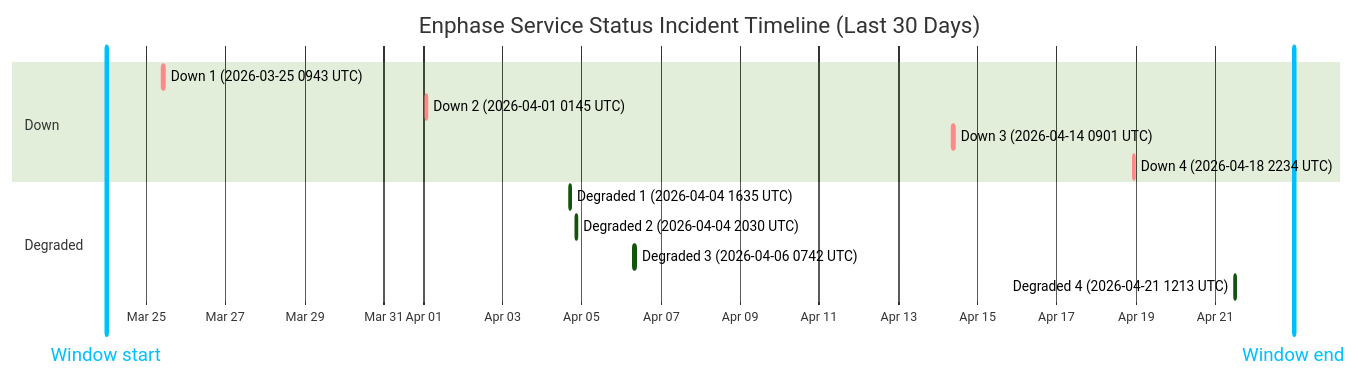
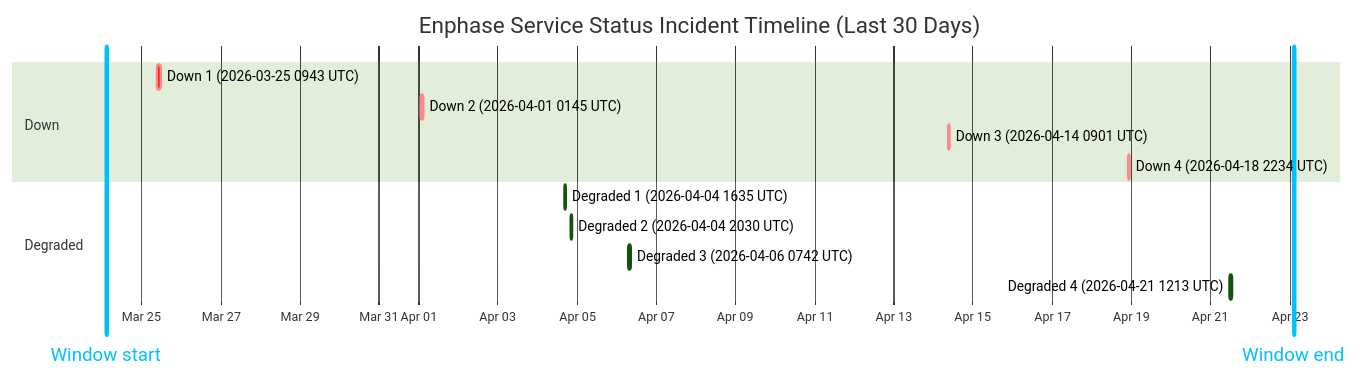
The diagram in wiki/Service-Status-History.md (barneyonline/ha-enphase-ev-charger), drawn with Mermaid (forest theme) before and after one commit. The commit also changed other lines of this file and 3 other files, not shown here.

````diff
--- a/wiki/Service-Status-History.md
+++ b/wiki/Service-Status-History.md
@@ -14,18 +14,18 @@
 ```mermaid
 gantt
     title Enphase Service Status Incident Timeline (Last 30 Days)
     dateFormat  YYYY-MM-DDTHH:mm:ss
     axisFormat  %b %d
-    Window start :vert, window-start, 2026-03-23T23:44:22, 0ms
-    Window end :vert, window-end, 2026-04-22T23:44:22, 0ms
+    Window start :vert, window-start, 2026-03-24T02:33:45, 0ms
+    Window end :vert, window-end, 2026-04-23T02:33:45, 0ms
     section Down
     Down 1 (2026-03-25 0943 UTC) :crit, down-1, 2026-03-25T09:43:28, 111m
     Down 2 (2026-04-01 0145 UTC) :crit, down-2, 2026-04-01T01:45:09, 60m
     Down 3 (2026-04-14 0901 UTC) :crit, down-3, 2026-04-14T09:01:13, 60m
     Down 4 (2026-04-18 2234 UTC) :crit, down-4, 2026-04-18T22:34:13, 60m
     section Degraded
     Degraded 1 (2026-04-04 1635 UTC) :active, degraded-1, 2026-04-04T16:35:17, 60m
     Degraded 2 (2026-04-04 2030 UTC) :active, degraded-2, 2026-04-04T20:30:40, 60m
     Degraded 3 (2026-04-06 0742 UTC) :active, degraded-3, 2026-04-06T07:42:09, 85m
     Degraded 4 (2026-04-21 1213 UTC) :active, degraded-4, 2026-04-21T12:13:11, 60m
 ```
````
